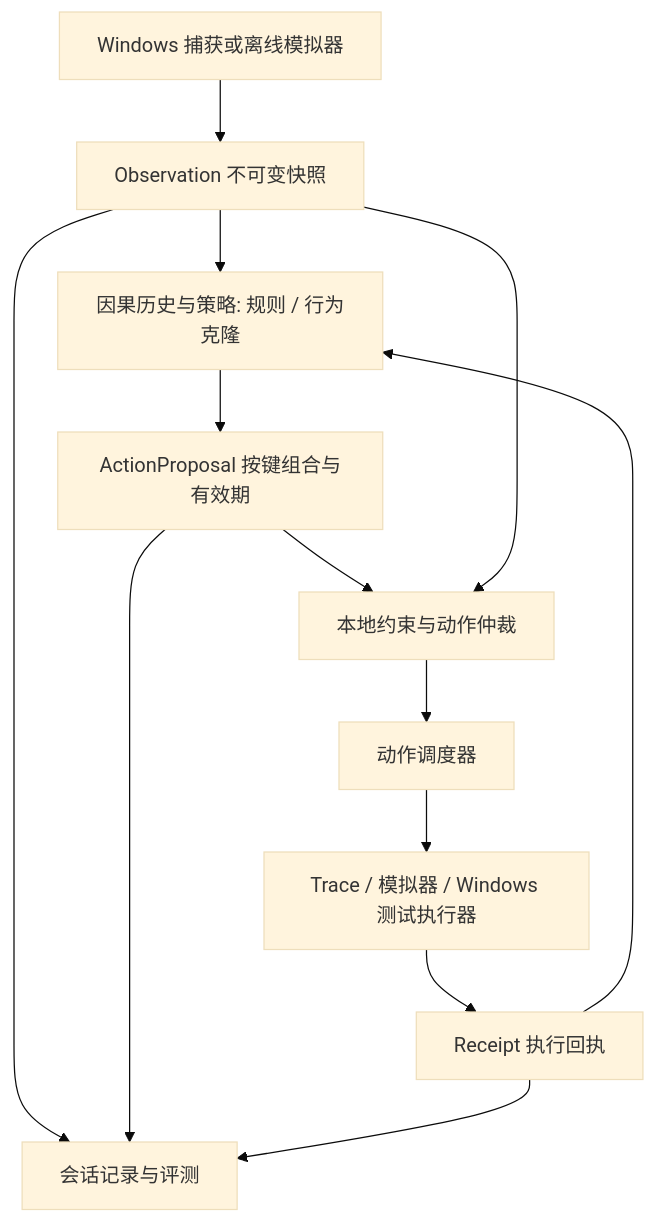
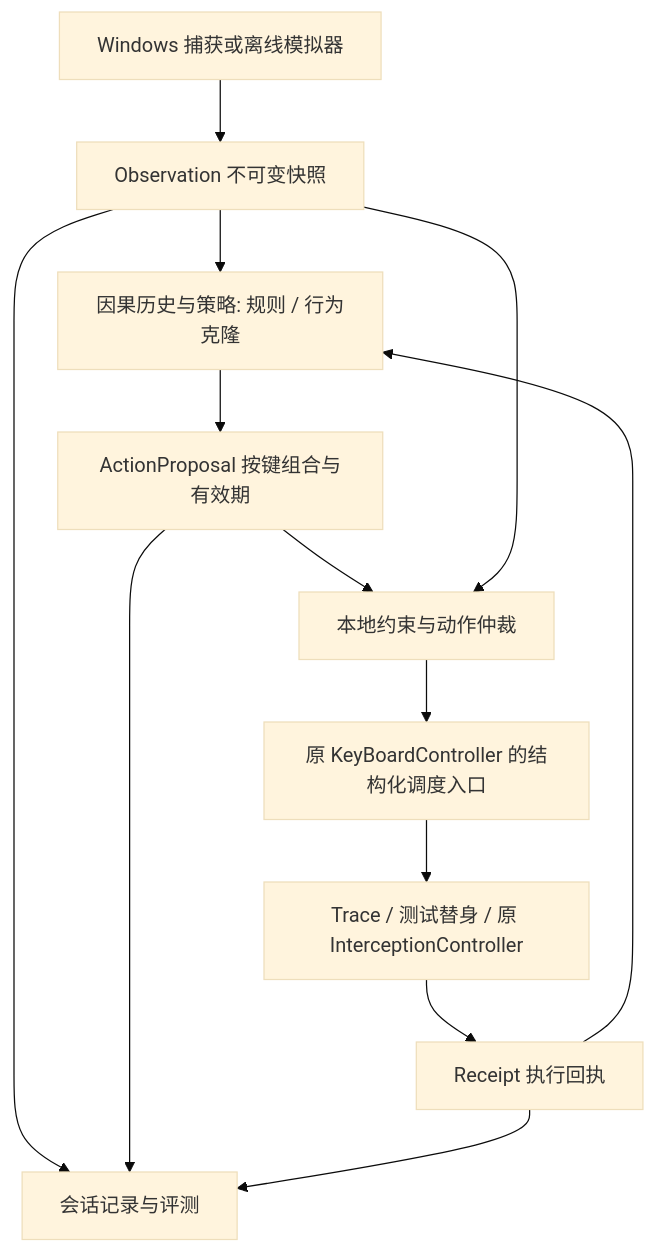
The diagram in spec/architecture.md (AeolusZane/maplebot), drawn with Mermaid (base theme) before and after one commit. The commit also changed other lines of this file and 13 other files, not shown here.

````diff
--- a/spec/architecture.md
+++ b/spec/architecture.md
@@ -11,15 +13,15 @@
 ```mermaid
 flowchart TD
     A[Windows 捕获或离线模拟器] --> B[Observation 不可变快照]
     B --> C[因果历史与策略: 规则 / 行为克隆]
     C --> D[ActionProposal 按键组合与有效期]
     D --> E[本地约束与动作仲裁]
     B --> E
-    E --> F[动作调度器]
-    F --> G[Trace / 模拟器 / Windows 测试执行器]
+    E --> F[原 KeyBoardController 的结构化调度入口]
+    F --> G[Trace / 测试替身 / 原 InterceptionController]
     G --> H[Receipt 执行回执]
     H --> C
     B --> I[会话记录与评测]
     D --> I
     H --> I
 ```
````
